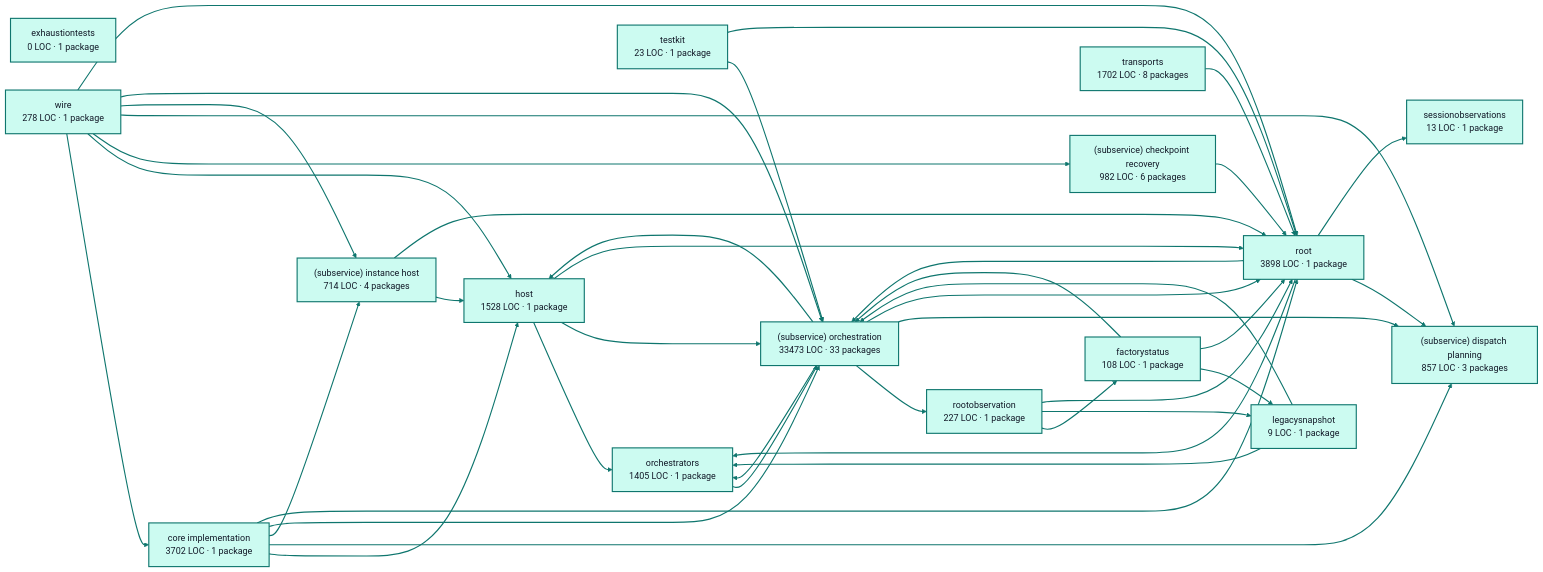
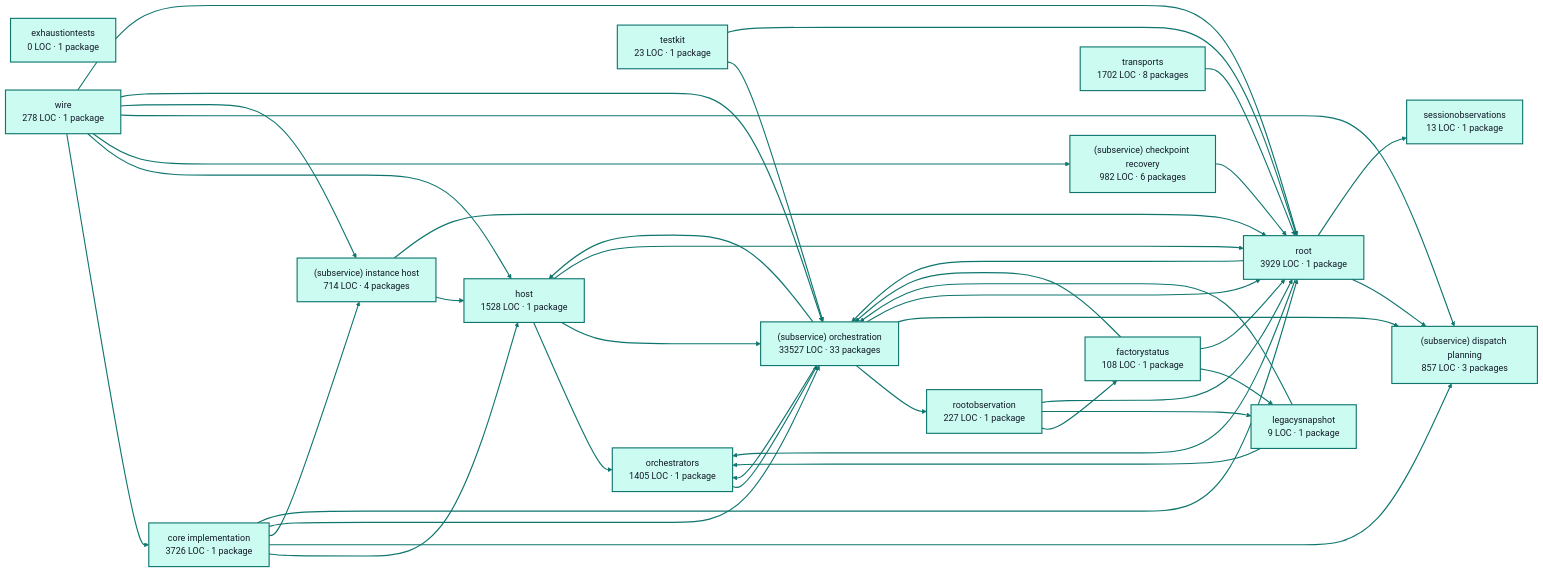
The diagram in docs/architecture/visualizations/services/factory_runtime.md (portpowered/you-agent-factory), drawn with Mermaid before and after one commit. The commit also changed other lines of this file and 20 other files, not shown here.

Commit message:
docs: refresh backend architecture visualizations

````diff
--- a/docs/architecture/visualizations/services/factory_runtime.md
+++ b/docs/architecture/visualizations/services/factory_runtime.md
@@ -11,75 +11,75 @@
 ```mermaid
 flowchart LR
-  p0["core implementation<br/>3702 LOC · 1 package"]
+  p0["core implementation<br/>3726 LOC · 1 package"]
   p1["exhaustiontests<br/>0 LOC · 1 package"]
   p2["factorystatus<br/>108 LOC · 1 package"]
   p3["host<br/>1528 LOC · 1 package"]
   p4["legacysnapshot<br/>9 LOC · 1 package"]
   p5["orchestrators<br/>1405 LOC · 1 package"]
   p6["rootobservation<br/>227 LOC · 1 package"]
   p7["(subservice) checkpoint recovery<br/>982 LOC · 6 packages"]
   p8["(subservice) dispatch planning<br/>857 LOC · 3 packages"]
   p9["(subservice) instance host<br/>714 LOC · 4 packages"]
-  p10["(subservice) orchestration<br/>33473 LOC · 33 packages"]
+  p10["(subservice) orchestration<br/>33527 LOC · 33 packages"]
   p11["sessionobservations<br/>13 LOC · 1 package"]
   p12["testkit<br/>23 LOC · 1 package"]
-  p13["root<br/>3898 LOC · 1 package"]
+  p13["root<br/>3929 LOC · 1 package"]
   p14["transports<br/>1702 LOC · 8 packages"]
   p15["wire<br/>278 LOC · 1 package"]
   p0 --> p3
   p0 --> p8
   p0 --> p9
   p0 --> p10
   p0 --> p13
   p2 --> p4
   p2 --> p10
   p2 --> p13
   p3 --> p5
   p3 --> p10
   p3 --> p13
   p4 --> p5
   p4 --> p10
   p5 --> p10
   p6 --> p2
   p6 --> p4
   p6 --> p13
   p7 --> p13
   p9 --> p3
   p9 --> p13
   p10 --> p3
   p10 --> p5
   p10 --> p6
   p10 --> p8
   p10 --> p13
   p12 --> p10
   p12 --> p13
   p13 --> p5
   p13 --> p8
   p13 --> p10
   p13 --> p11
   p14 --> p13
   p15 --> p0
   p15 --> p3
   p15 --> p7
   p15 --> p8
   p15 --> p9
   p15 --> p10
   p15 --> p13
   style p0 fill:#ccfbf1,stroke:#0f766e,stroke-width:2px,color:#111827
   style p1 fill:#ccfbf1,stroke:#0f766e,stroke-width:2px,color:#111827
   style p2 fill:#ccfbf1,stroke:#0f766e,stroke-width:2px,color:#111827
   style p3 fill:#ccfbf1,stroke:#0f766e,stroke-width:2px,color:#111827
   style p4 fill:#ccfbf1,stroke:#0f766e,stroke-width:2px,color:#111827
   style p5 fill:#ccfbf1,stroke:#0f766e,stroke-width:2px,color:#111827
   style p6 fill:#ccfbf1,stroke:#0f766e,stroke-width:2px,color:#111827
   style p7 fill:#ccfbf1,stroke:#0f766e,stroke-width:2px,color:#111827
   style p8 fill:#ccfbf1,stroke:#0f766e,stroke-width:2px,color:#111827
   style p9 fill:#ccfbf1,stroke:#0f766e,stroke-width:2px,color:#111827
   style p10 fill:#ccfbf1,stroke:#0f766e,stroke-width:2px,color:#111827
   style p11 fill:#ccfbf1,stroke:#0f766e,stroke-width:2px,color:#111827
   style p12 fill:#ccfbf1,stroke:#0f766e,stroke-width:2px,color:#111827
   style p13 fill:#ccfbf1,stroke:#0f766e,stroke-width:2px,color:#111827
   style p14 fill:#ccfbf1,stroke:#0f766e,stroke-width:2px,color:#111827
   style p15 fill:#ccfbf1,stroke:#0f766e,stroke-width:2px,color:#111827
   linkStyle default stroke:#0f766e,stroke-width:2px
 ```
````
